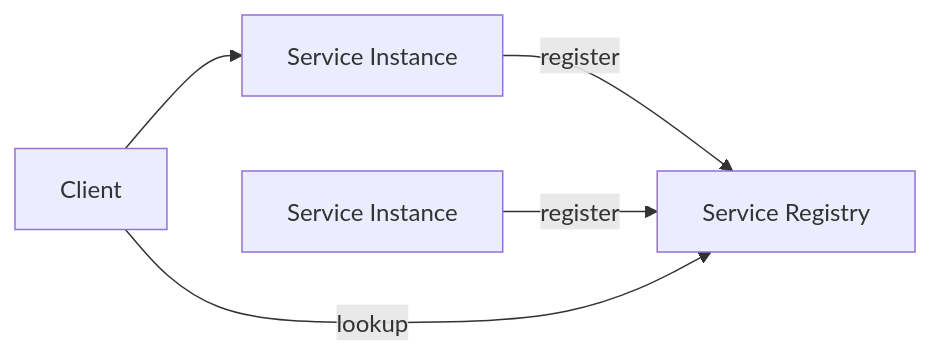
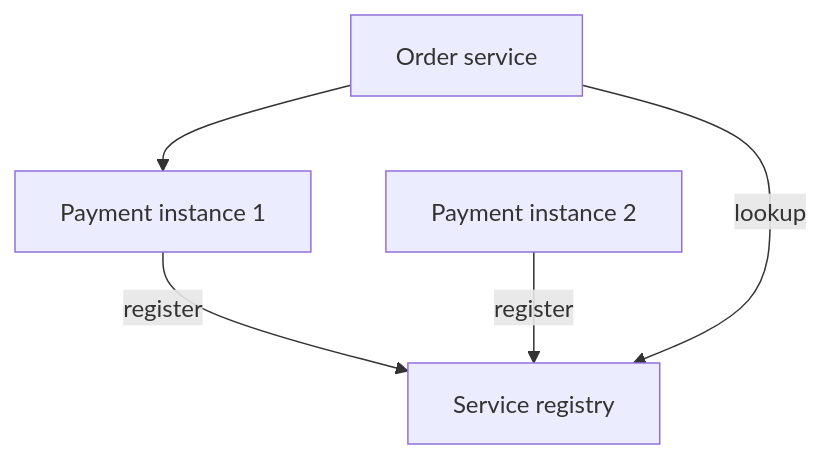
Diagram 16 of 28 in 08-microservices/README.md (hareramcse/SystemDesign), drawn with Mermaid before and after one commit. The commit also changed other lines of this file, not shown here.

````diff
--- a/08-microservices/README.md
+++ b/08-microservices/README.md
@@ -962,7 +1444,7 @@
 ```mermaid
-flowchart LR
-    S1[Service Instance] -->|register| Reg[Service Registry]
-    S2[Service Instance] -->|register| Reg
-    Client -->|lookup| Reg
-    Client --> S1
+flowchart TB
+    P1[Payment instance 1] -->|register| REG[Service registry]
+    P2[Payment instance 2] -->|register| REG
+    OR[Order service] -->|lookup| REG
+    OR --> P1
 ```
````
